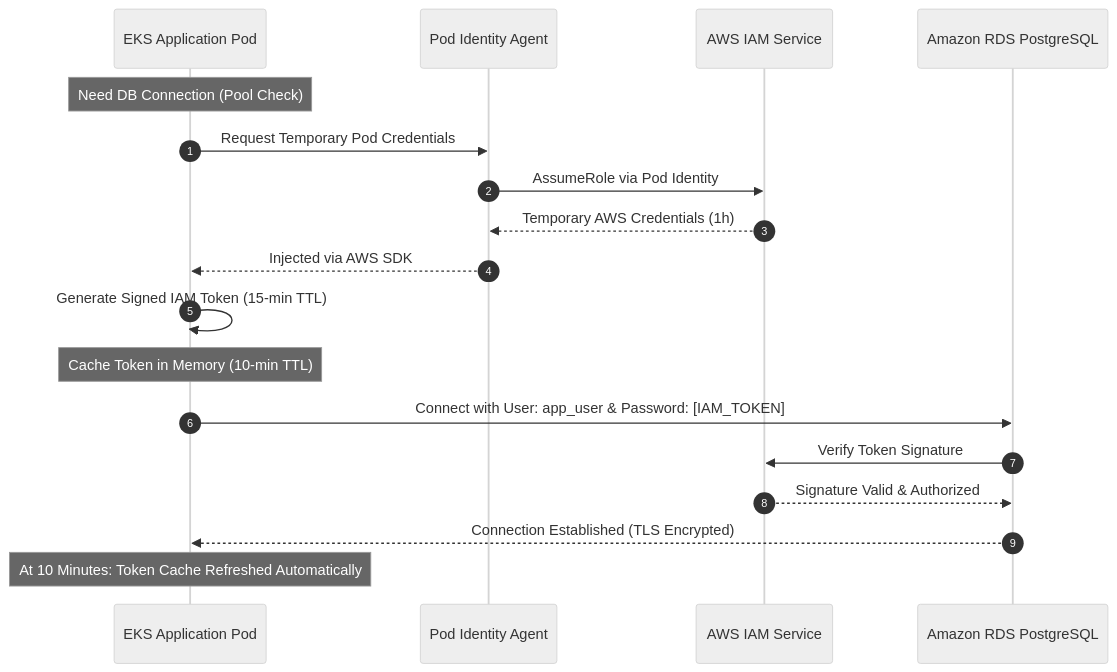
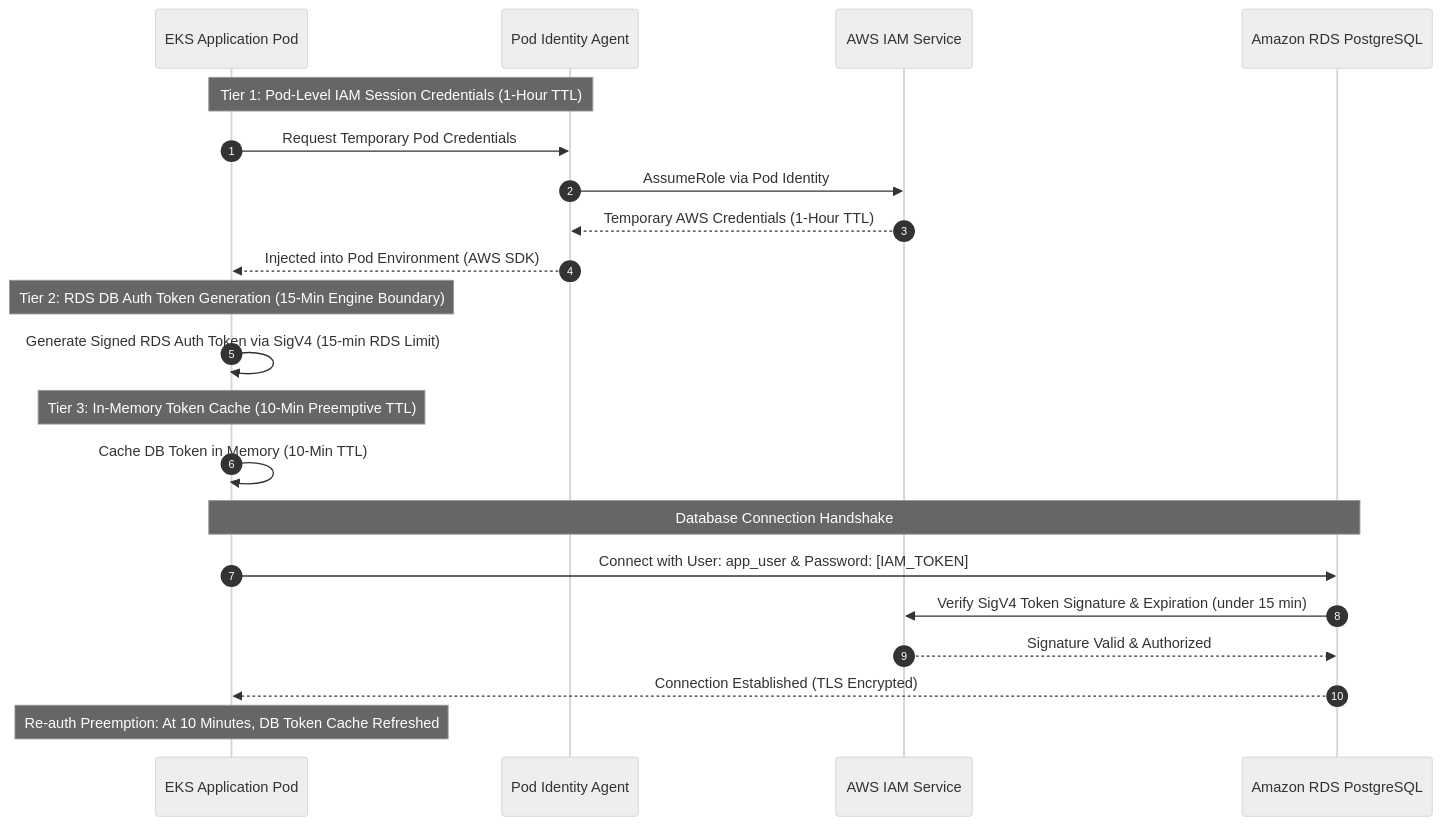
One commit to parth9218/Document-Intelligence-Platform changed the diagram in docs-site/docs/challenges/rds-iam-auth.md. Above: the diagram before and after it, drawn with Mermaid (neutral theme). The commit also changed other lines of this file and 4 other files, not shown here.

````diff
--- a/docs-site/docs/challenges/rds-iam-auth.md
+++ b/docs-site/docs/challenges/rds-iam-auth.md
@@ -48,24 +51,28 @@
 ```mermaid
 sequenceDiagram
     autonumber
     participant Pod as EKS Application Pod
     participant Agent as Pod Identity Agent
     participant IAM as AWS IAM Service
     participant RDS as Amazon RDS PostgreSQL
 
-    Note over Pod: Need DB Connection (Pool Check)
+    Note over Pod,Agent: Tier 1: Pod-Level IAM Session Credentials (1-Hour TTL)
     Pod->>Agent: Request Temporary Pod Credentials
     Agent->>IAM: AssumeRole via Pod Identity
-    IAM-->>Agent: Temporary AWS Credentials (1h)
-    Agent-->>Pod: Injected via AWS SDK
+    IAM-->>Agent: Temporary AWS Credentials (1-Hour TTL)
+    Agent-->>Pod: Injected into Pod Environment (AWS SDK)
     
-    Pod->>Pod: Generate Signed IAM Token (15-min TTL)
-    Note over Pod: Cache Token in Memory (10-min TTL)
+    Note over Pod: Tier 2: RDS DB Auth Token Generation (15-Min Engine Boundary)
+    Pod->>Pod: Generate Signed RDS Auth Token via SigV4 (15-min RDS Limit)
     
+    Note over Pod: Tier 3: In-Memory Token Cache (10-Min Preemptive TTL)
+    Pod->>Pod: Cache DB Token in Memory (10-Min TTL)
+    
+    Note over Pod,RDS: Database Connection Handshake
     Pod->>RDS: Connect with User: app_user & Password: [IAM_TOKEN]
-    RDS->>IAM: Verify Token Signature
+    RDS->>IAM: Verify SigV4 Token Signature & Expiration (under 15 min)
     IAM-->>RDS: Signature Valid & Authorized
     RDS-->>Pod: Connection Established (TLS Encrypted)
     
-    Note over Pod: At 10 Minutes: Token Cache Refreshed Automatically
+    Note over Pod: Re-auth Preemption: At 10 Minutes, DB Token Cache Refreshed
 ```
````
